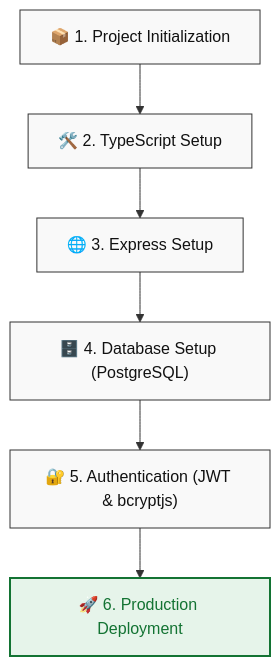
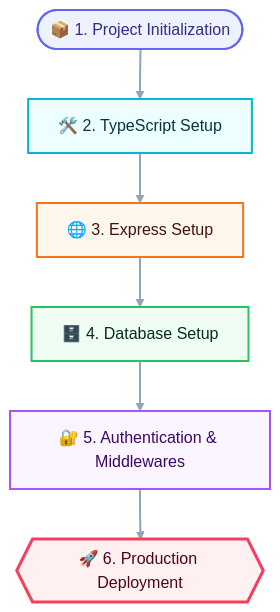
Before and after one commit to Islamul-Hoque/Express-Architecture-Blueprint: the diagram in README.md, drawn with Mermaid. The commit also changed other lines of this file, not shown here.

Commit message:
docs(readme): add detailed folder structure section to illustrate project layout and organization

````diff
--- a/README.md
+++ b/README.md
@@ -11,19 +14,28 @@
 ```mermaid
 flowchart TD
-    %% Styling Configuration
-    classDef step fill:#f9f9f9,stroke:#333,stroke-width:1px,color:#111;
-    classDef highlight fill:#e6f4ea,stroke:#137333,stroke-width:2px,color:#137333;
+    %% Node Definitions & Shapes
+    Init(["📦 1. Project Initialization"])
+    TS["🛠️ 2. TypeScript Setup"]
+    Express["🌐 3. Express Setup"]
+    DB["🗄️ 4. Database Setup"]
+    Auth["🔐 5. Authentication & Middlewares"]
+    Deploy{{"🚀 6. Production Deployment"}}
 
-    Init["📦 1. Project Initialization"]:::step
-    TS["🛠️ 2. TypeScript Setup"]:::step
-    Express["🌐 3. Express Setup"]:::step
-    DB["🗄️ 4. Database Setup (PostgreSQL)"]:::step
-    Auth["🔐 5. Authentication (JWT & bcryptjs)"]:::step
-    Deploy["🚀 6. Production Deployment"]:::highlight
-
+    %% Flow Connections
     Init --> TS
     TS --> Express
     Express --> DB
     DB --> Auth
     Auth --> Deploy
+
+    %% Custom Styling
+    style Init fill:#eef2ff,stroke:#6366f1,stroke-width:2px,color:#312e81
+    style TS fill:#ecfeff,stroke:#06b6d4,stroke-width:2px,color:#083344
+    style Express fill:#fff7ed,stroke:#f97316,stroke-width:2px,color:#431407
+    style DB fill:#f0fdf4,stroke:#22c55e,stroke-width:2px,color:#052e16
+    style Auth fill:#faf5ff,stroke:#a855f7,stroke-width:2px,color:#3b0764
+    style Deploy fill:#fff1f2,stroke:#f43f5e,stroke-width:3px,color:#4c0519
+
+    %% Link Styling
+    linkStyle default stroke:#94a3b8,stroke-width:2px;
 ```
````
